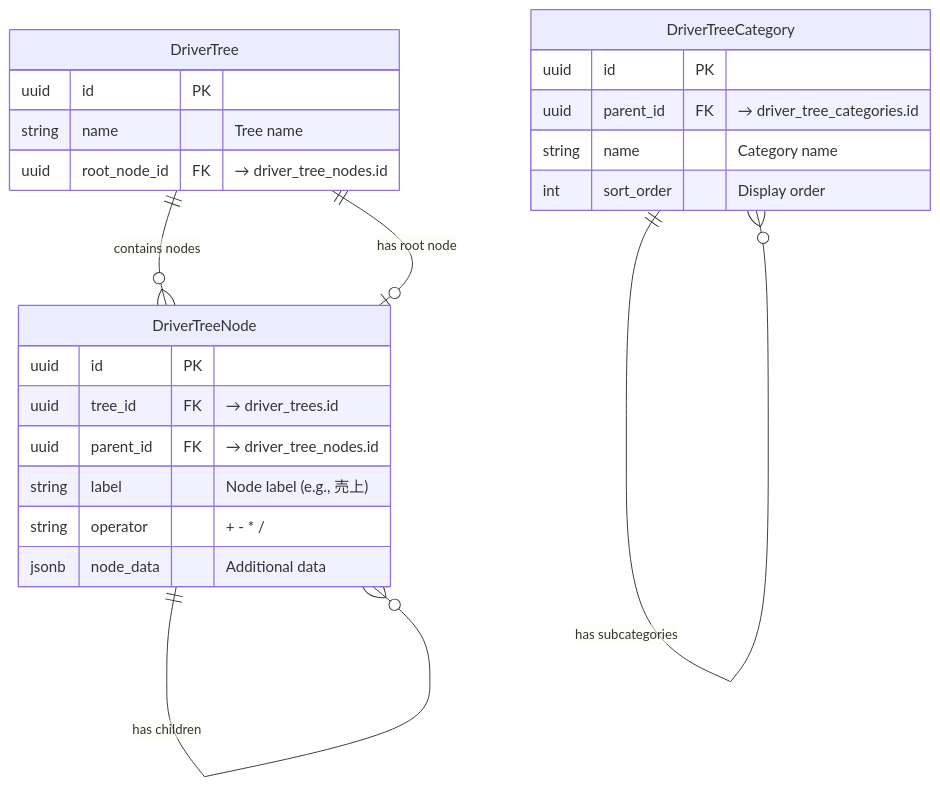
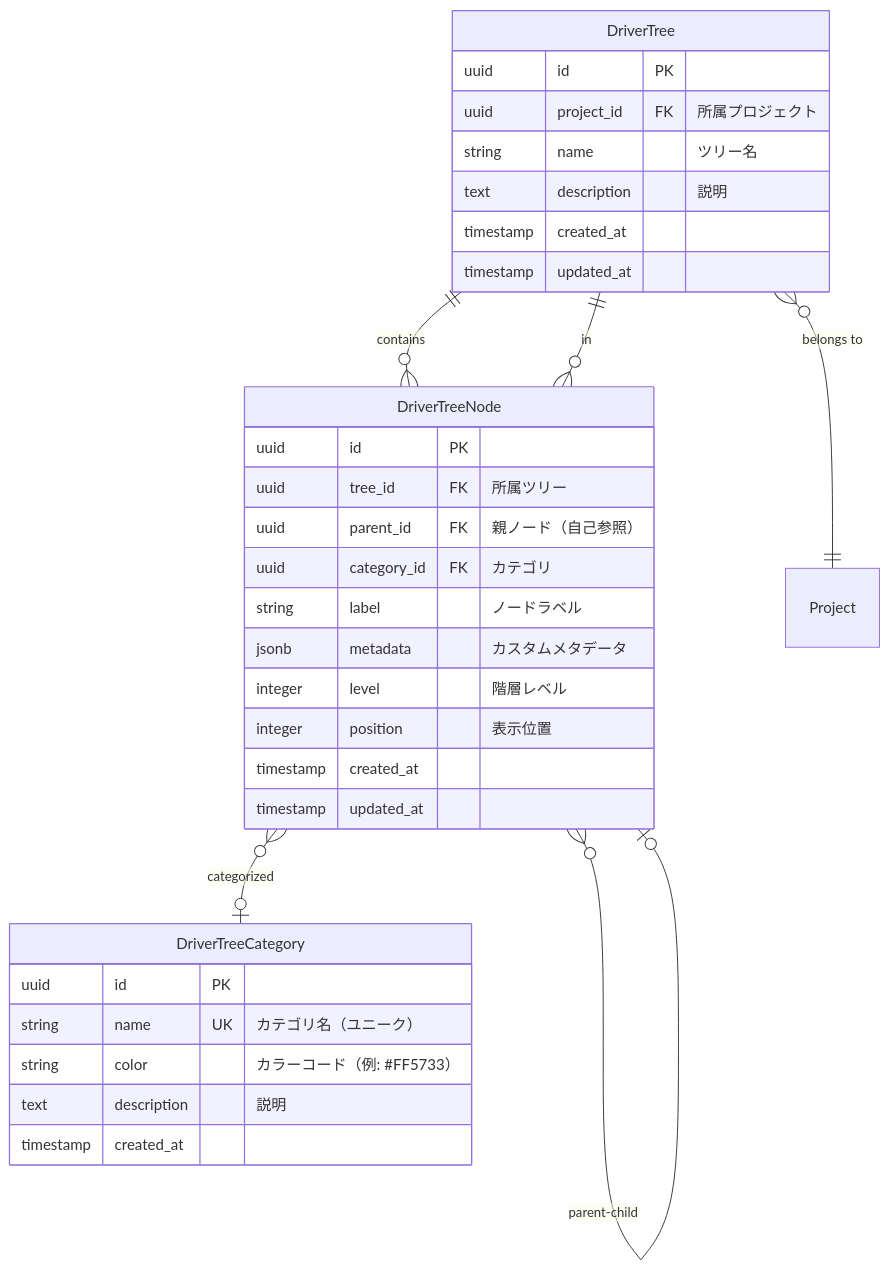
Before and after one commit to nomura-koshiro/genai-app-docs: the sixth of 6 diagrams in docs/specifications/02-database/02-er-diagram.md, drawn with Mermaid. The commit also changed other lines of this file and 4 other files, not shown here.

First line of the commit message:
docs: markdownlintエラー修正とER図の詳細化

````diff
--- a/docs/specifications/02-database/02-er-diagram.md
+++ b/docs/specifications/02-database/02-er-diagram.md
@@ -454,30 +381,39 @@
 ```mermaid
 erDiagram
-    DriverTree ||--o{ DriverTreeNode : "contains nodes"
-    DriverTree ||--o| DriverTreeNode : "has root node"
-    DriverTreeNode ||--o{ DriverTreeNode : "has children"
+    DriverTree ||--o{ DriverTreeNode : "contains"
+    DriverTree }o--|| Project : "belongs to"
 
-    DriverTreeCategory ||--o{ DriverTreeCategory : "has subcategories"
+    DriverTreeNode }o--|| DriverTree : "in"
+    DriverTreeNode }o--o| DriverTreeNode : "parent-child"
+    DriverTreeNode }o--o| DriverTreeCategory : "categorized"
 
     DriverTree {
         uuid id PK
-        string name "Tree name"
-        uuid root_node_id FK "→ driver_tree_nodes.id"
+        uuid project_id FK "所属プロジェクト"
+        string name "ツリー名"
+        text description "説明"
+        timestamp created_at
+        timestamp updated_at
     }
 
     DriverTreeNode {
         uuid id PK
-        uuid tree_id FK "→ driver_trees.id"
-        uuid parent_id FK "→ driver_tree_nodes.id"
-        string label "Node label (e.g., 売上)"
-        string operator "+ - * /"
-        jsonb node_data "Additional data"
+        uuid tree_id FK "所属ツリー"
+        uuid parent_id FK "親ノード（自己参照）"
+        uuid category_id FK "カテゴリ"
+        string label "ノードラベル"
+        jsonb metadata "カスタムメタデータ"
+        integer level "階層レベル"
+        integer position "表示位置"
+        timestamp created_at
+        timestamp updated_at
     }
 
     DriverTreeCategory {
         uuid id PK
-        uuid parent_id FK "→ driver_tree_categories.id"
-        string name "Category name"
-        int sort_order "Display order"
+        string name UK "カテゴリ名（ユニーク）"
+        string color "カラーコード（例: #FF5733）"
+        text description "説明"
+        timestamp created_at
     }
 ```
````
